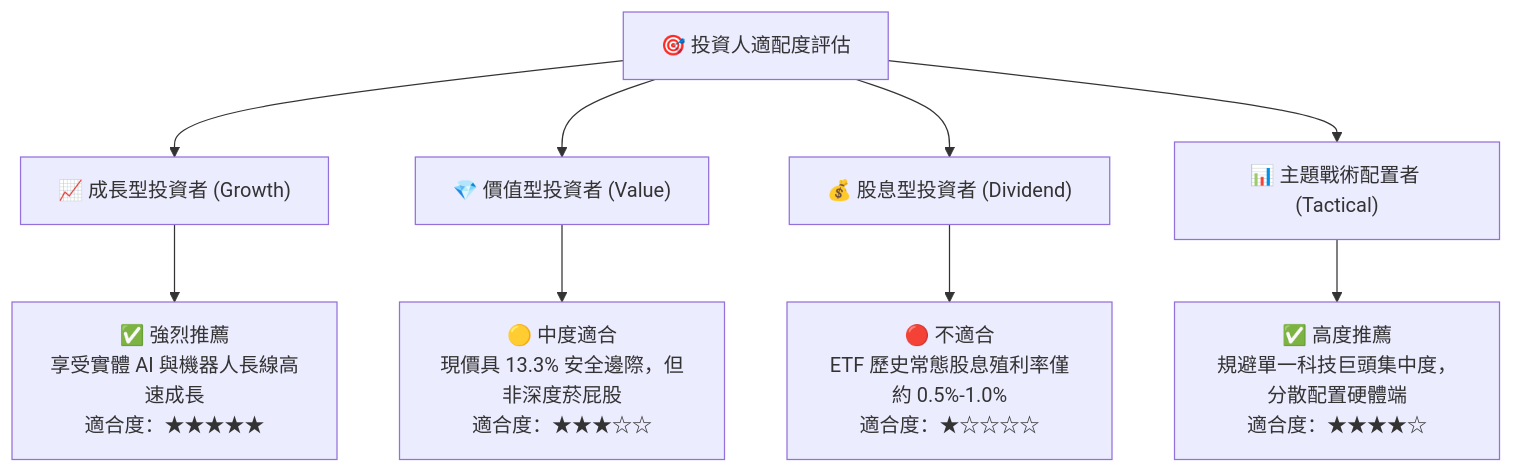
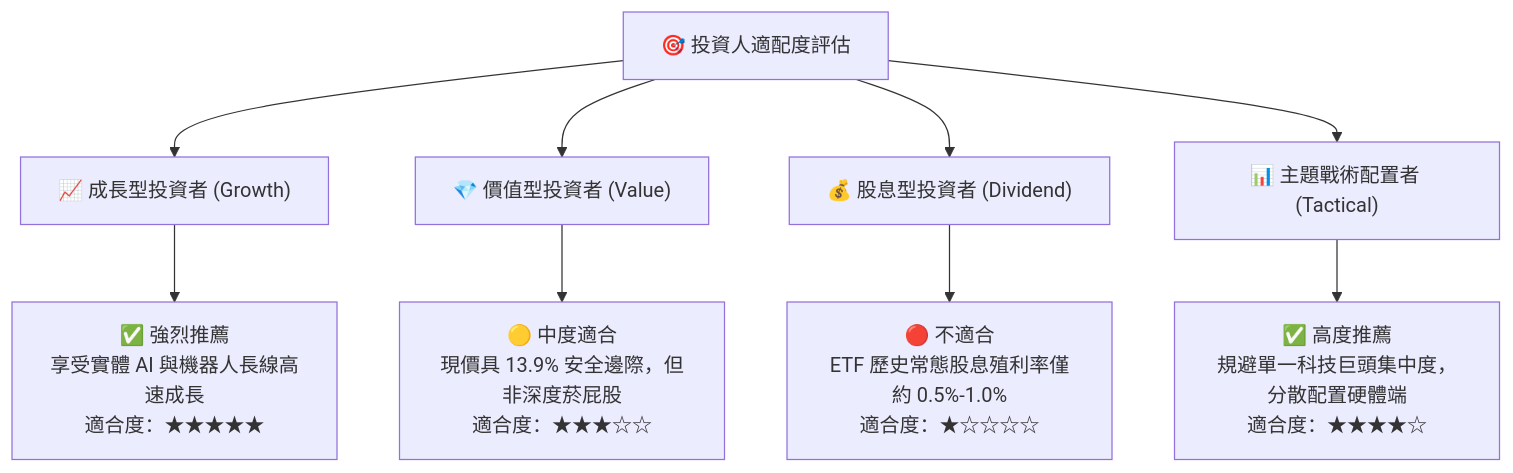
One commit to yennanliu/finance_data changed diagram 15 of 15 in ai_gen_report/fundamental/robo/fundamental_analysis_2026-10-19_gemini.md. Above: the diagram before and after it, drawn with Mermaid. The commit also changed other lines of this file and 339 other files, not shown here.

````diff
--- a/ai_gen_report/fundamental/robo/fundamental_analysis_2026-10-19_gemini.md
+++ b/ai_gen_report/fundamental/robo/fundamental_analysis_2026-10-19_gemini.md
@@ -1034,14 +1049,14 @@
 ```mermaid
 graph TD
     INV["🎯 投資人適配度評估"]
 
     INV --> G["📈 成長型投資者 (Growth)"]
     INV --> V["💎 價值型投資者 (Value)"]
     INV --> D["💰 股息型投資者 (Dividend)"]
     INV --> T["📊 主題戰術配置者 (Tactical)"]
 
     G --> G1["✅ 強烈推薦<br/>享受實體 AI 與機器人長線高速成長<br/>適合度：★★★★★"]
-    V --> V1["🟡 中度適合<br/>現價具 13.3% 安全邊際，但非深度菸屁股<br/>適合度：★★★☆☆"]
+    V --> V1["🟡 中度適合<br/>現價具 13.9% 安全邊際，但非深度菸屁股<br/>適合度：★★★☆☆"]
     D --> D1["🔴 不適合<br/>ETF 歷史常態股息殖利率僅約 0.5%-1.0%<br/>適合度：★☆☆☆☆"]
     T --> T1["✅ 高度推薦<br/>規避單一科技巨頭集中度，分散配置硬體端<br/>適合度：★★★★☆"]
 ```
````
